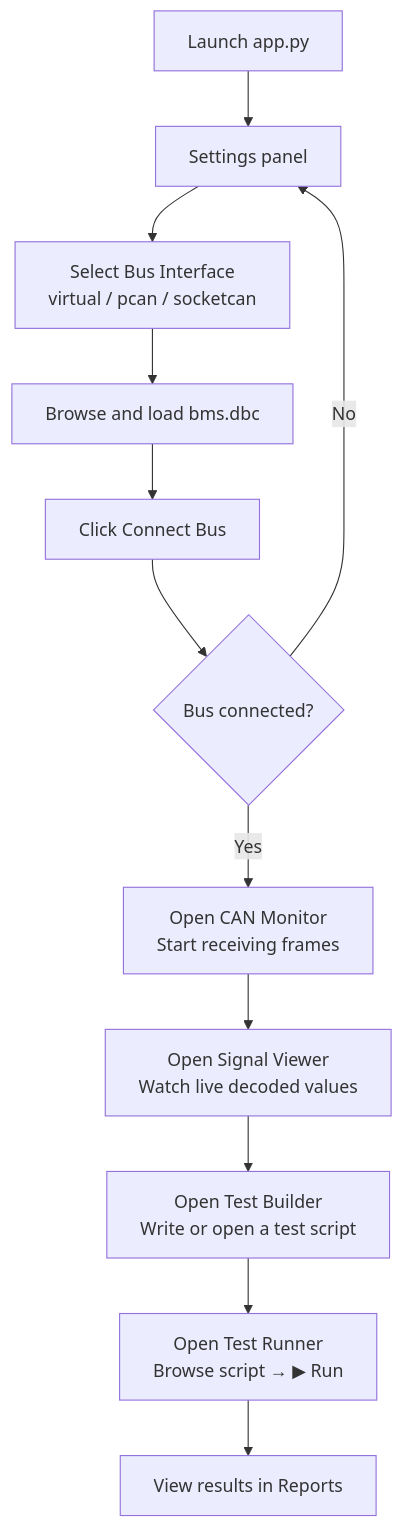
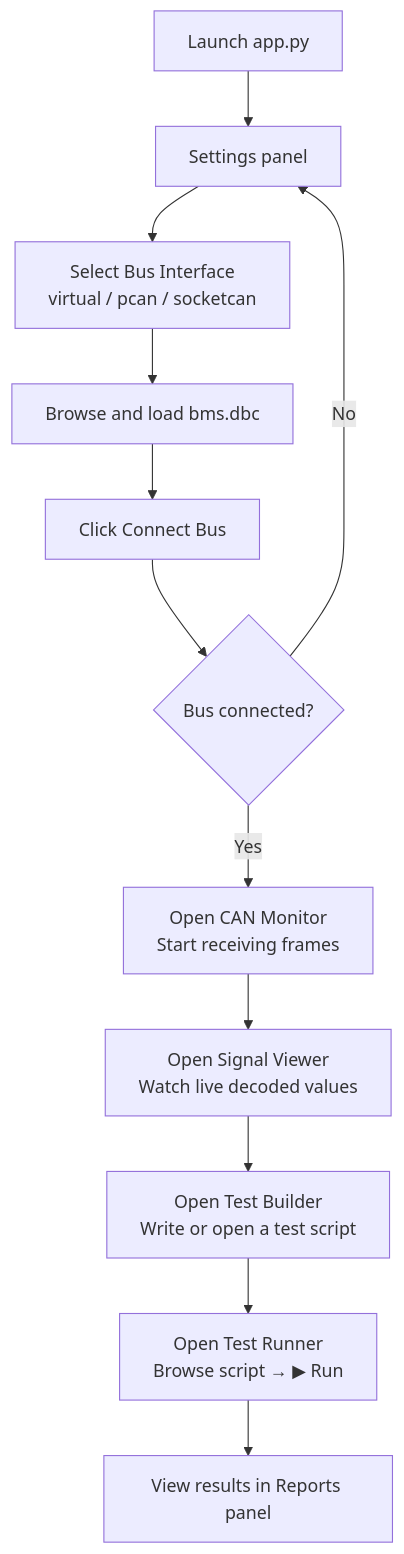
Before and after one commit to PriyanshuKSharma/AutoTestStudio: diagram 18 of 18 in README.md, drawn with Mermaid. The commit also changed other lines of this file and 1 other file, not shown here.

Commit message:
style: replace emojis with professional Unicode symbols in sidebar nav and README diagrams

````diff
--- a/README.md
+++ b/README.md
@@ -506,14 +506,14 @@
 ```mermaid
 graph TD
     A["Launch app.py"] --> B["Settings panel"]
     B --> C["Select Bus Interface\nvirtual / pcan / socketcan"]
     C --> D["Browse and load bms.dbc"]
     D --> E["Click Connect Bus"]
     E --> F{"Bus connected?"}
     F -- Yes --> G["Open CAN Monitor\nStart receiving frames"]
     F -- No --> B
     G --> H["Open Signal Viewer\nWatch live decoded values"]
     H --> I["Open Test Builder\nWrite or open a test script"]
     I --> J["Open Test Runner\nBrowse script → ▶ Run"]
-    J --> K["View results in Reports"]
+    J --> K["View results in Reports panel"]
 ```
````
